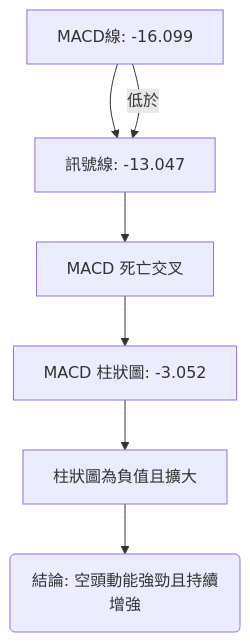
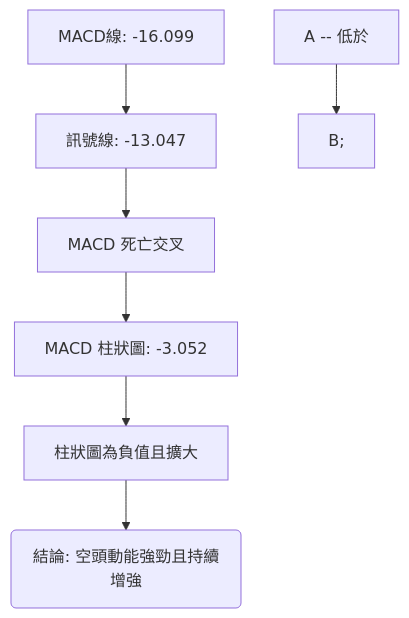
Before and after one commit to yennanliu/finance_data: the seventh of 8 diagrams in ai_gen_report/stock/meta/technical_analysis_2026-06-27_gemini.md, drawn with Mermaid. The commit also changed other lines of this file and 2258 other files, not shown here.

First line of the commit message:
chore: backfill Mermaid syntax repair across existing reports

````diff
--- a/ai_gen_report/stock/meta/technical_analysis_2026-06-27_gemini.md
+++ b/ai_gen_report/stock/meta/technical_analysis_2026-06-27_gemini.md
@@ -424,9 +424,9 @@
 ```mermaid
 graph TD
-    A[MACD線: -16.099] --> B[訊號線: -13.047];
-    A -- 低於 --> B;
-    B --> C[MACD 死亡交叉];
-    C --> D[MACD 柱狀圖: -3.052];
-    D --> E[柱狀圖為負值且擴大];
-    E --> F(結論: 空頭動能強勁且持續增強);
+    A["MACD線: -16.099"] --> B["訊號線: -13.047"];
+    nb1["A -- 低於"] --> nb2["B;"]
+    B --> C["MACD 死亡交叉"];
+    C --> D["MACD 柱狀圖: -3.052"];
+    D --> E["柱狀圖為負值且擴大"];
+    E --> F("結論: 空頭動能強勁且持續增強");
 ```
````
